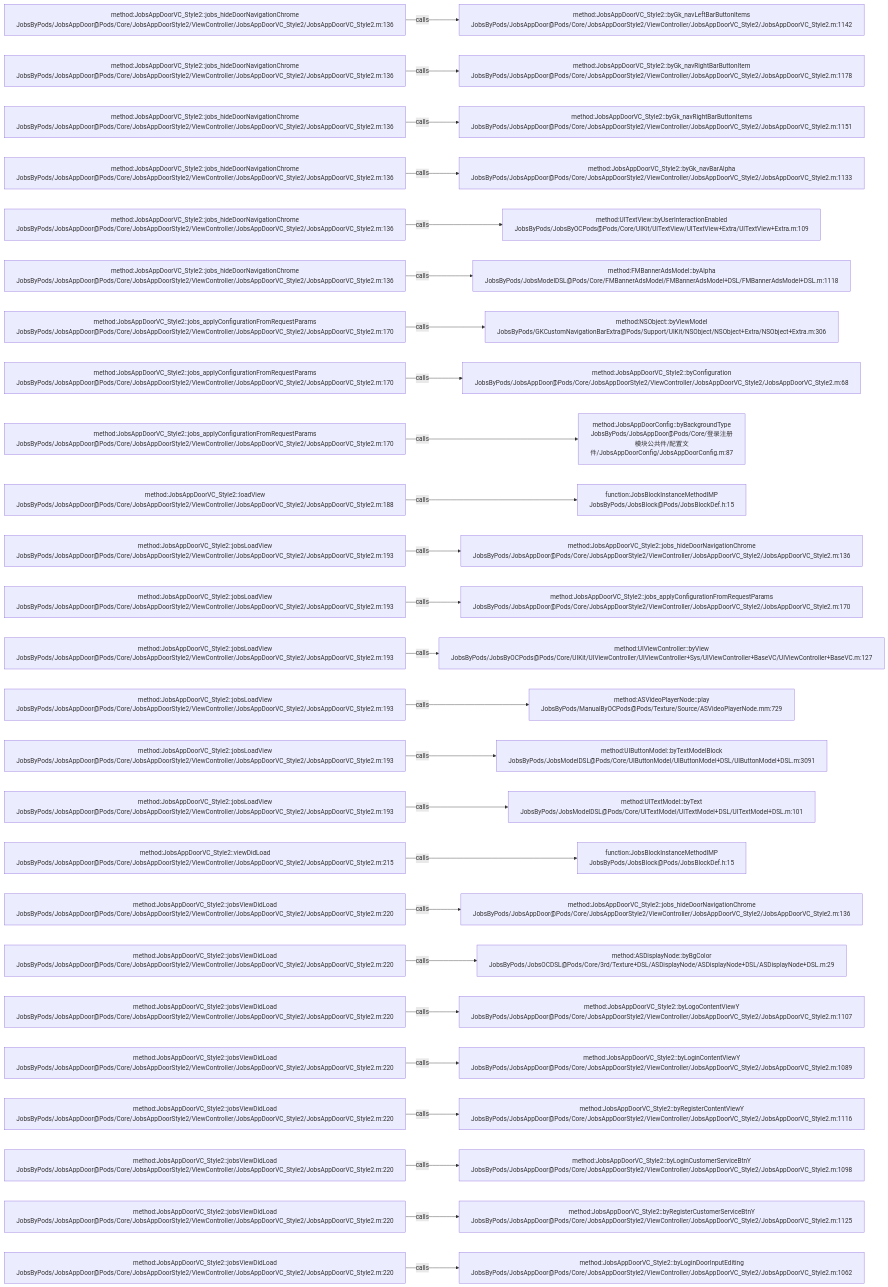
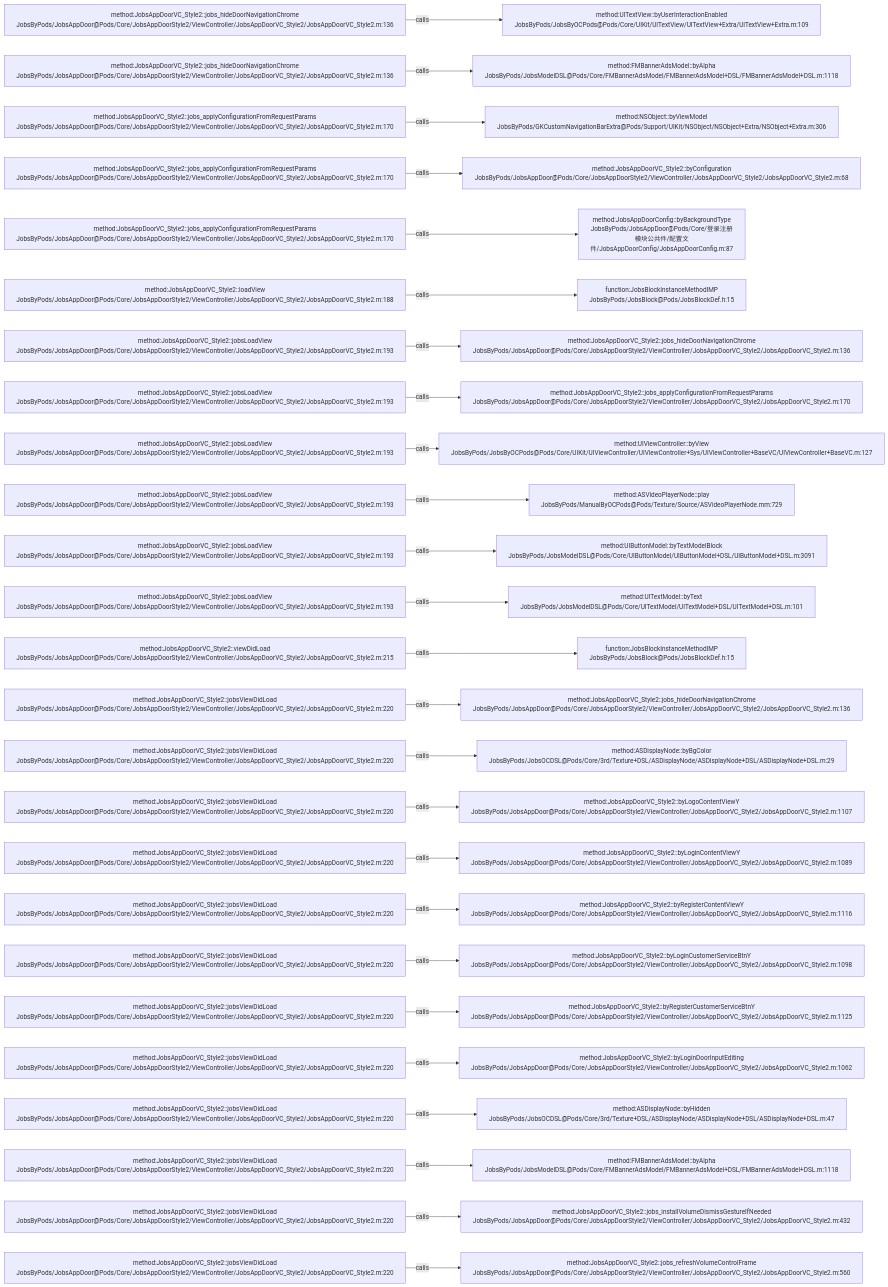
Before and after one commit to JobsKits/JobsOCBaseConfigDemo: the diagram in .codegraph/codegraph.md/graphs/calls-136.md, drawn with Mermaid. The commit also changed 116 other files, not shown here.

````diff
--- a/.codegraph/codegraph.md/graphs/calls-136.md
+++ b/.codegraph/codegraph.md/graphs/calls-136.md
@@ -13,78 +13,78 @@
 ```mermaid
 flowchart LR
   S1["method:JobsAppDoorVC_Style2::jobs_hideDoorNavigationChrome<br/>JobsByPods/JobsAppDoor@Pods/Core/JobsAppDoorStyle2/ViewController/JobsAppDoorVC_Style2/JobsAppDoorVC_Style2.m:136"]
-  T1["method:JobsAppDoorVC_Style2::byGk_navLeftBarButtonItems<br/>JobsByPods/JobsAppDoor@Pods/Core/JobsAppDoorStyle2/ViewController/JobsAppDoorVC_Style2/JobsAppDoorVC_Style2.m:1142"]
+  T1["method:UITextView::byUserInteractionEnabled<br/>JobsByPods/JobsByOCPods@Pods/Core/UIKit/UITextView/UITextView+Extra/UITextView+Extra.m:109"]
   S1 -->|calls| T1
   S2["method:JobsAppDoorVC_Style2::jobs_hideDoorNavigationChrome<br/>JobsByPods/JobsAppDoor@Pods/Core/JobsAppDoorStyle2/ViewController/JobsAppDoorVC_Style2/JobsAppDoorVC_Style2.m:136"]
-  T2["method:JobsAppDoorVC_Style2::byGk_navRightBarButtonItem<br/>JobsByPods/JobsAppDoor@Pods/Core/JobsAppDoorStyle2/ViewController/JobsAppDoorVC_Style2/JobsAppDoorVC_Style2.m:1178"]
+  T2["method:FMBannerAdsModel::byAlpha<br/>JobsByPods/JobsModelDSL@Pods/Core/FMBannerAdsModel/FMBannerAdsModel+DSL/FMBannerAdsModel+DSL.m:1118"]
   S2 -->|calls| T2
-  S3["method:JobsAppDoorVC_Style2::jobs_hideDoorNavigationChrome<br/>JobsByPods/JobsAppDoor@Pods/Core/JobsAppDoorStyle2/ViewController/JobsAppDoorVC_Style2/JobsAppDoorVC_Style2.m:136"]
-  T3["method:JobsAppDoorVC_Style2::byGk_navRightBarButtonItems<br/>JobsByPods/JobsAppDoor@Pods/Core/JobsAppDoorStyle2/ViewController/JobsAppDoorVC_Style2/JobsAppDoorVC_Style2.m:1151"]
+  S3["method:JobsAppDoorVC_Style2::jobs_applyConfigurationFromRequestParams<br/>JobsByPods/JobsAppDoor@Pods/Core/JobsAppDoorStyle2/ViewController/JobsAppDoorVC_Style2/JobsAppDoorVC_Style2.m:170"]
+  T3["method:NSObject::byViewModel<br/>JobsByPods/GKCustomNavigationBarExtra@Pods/Support/UIKit/NSObject/NSObject+Extra/NSObject+Extra.m:306"]
   S3 -->|calls| T3
-  S4["method:JobsAppDoorVC_Style2::jobs_hideDoorNavigationChrome<br/>JobsByPods/JobsAppDoor@Pods/Core/JobsAppDoorStyle2/ViewController/JobsAppDoorVC_Style2/JobsAppDoorVC_Style2.m:136"]
-  T4["method:JobsAppDoorVC_Style2::byGk_navBarAlpha<br/>JobsByPods/JobsAppDoor@Pods/Core/JobsAppDoorStyle2/ViewController/JobsAppDoorVC_Style2/JobsAppDoorVC_Style2.m:1133"]
+  S4["method:JobsAppDoorVC_Style2::jobs_applyConfigurationFromRequestParams<br/>JobsByPods/JobsAppDoor@Pods/Core/JobsAppDoorStyle2/ViewController/JobsAppDoorVC_Style2/JobsAppDoorVC_Style2.m:170"]
+  T4["method:JobsAppDoorVC_Style2::byConfiguration<br/>JobsByPods/JobsAppDoor@Pods/Core/JobsAppDoorStyle2/ViewController/JobsAppDoorVC_Style2/JobsAppDoorVC_Style2.m:68"]
   S4 -->|calls| T4
-  S5["method:JobsAppDoorVC_Style2::jobs_hideDoorNavigationChrome<br/>JobsByPods/JobsAppDoor@Pods/Core/JobsAppDoorStyle2/ViewController/JobsAppDoorVC_Style2/JobsAppDoorVC_Style2.m:136"]
-  T5["method:UITextView::byUserInteractionEnabled<br/>JobsByPods/JobsByOCPods@Pods/Core/UIKit/UITextView/UITextView+Extra/UITextView+Extra.m:109"]
+  S5["method:JobsAppDoorVC_Style2::jobs_applyConfigurationFromRequestParams<br/>JobsByPods/JobsAppDoor@Pods/Core/JobsAppDoorStyle2/ViewController/JobsAppDoorVC_Style2/JobsAppDoorVC_Style2.m:170"]
+  T5["method:JobsAppDoorConfig::byBackgroundType<br/>JobsByPods/JobsAppDoor@Pods/Core/登录注册模块公共件/配置文件/JobsAppDoorConfig/JobsAppDoorConfig.m:87"]
   S5 -->|calls| T5
-  S6["method:JobsAppDoorVC_Style2::jobs_hideDoorNavigationChrome<br/>JobsByPods/JobsAppDoor@Pods/Core/JobsAppDoorStyle2/ViewController/JobsAppDoorVC_Style2/JobsAppDoorVC_Style2.m:136"]
-  T6["method:FMBannerAdsModel::byAlpha<br/>JobsByPods/JobsModelDSL@Pods/Core/FMBannerAdsModel/FMBannerAdsModel+DSL/FMBannerAdsModel+DSL.m:1118"]
+  S6["method:JobsAppDoorVC_Style2::loadView<br/>JobsByPods/JobsAppDoor@Pods/Core/JobsAppDoorStyle2/ViewController/JobsAppDoorVC_Style2/JobsAppDoorVC_Style2.m:188"]
+  T6["function:JobsBlockInstanceMethodIMP<br/>JobsByPods/JobsBlock@Pods/JobsBlockDef.h:15"]
   S6 -->|calls| T6
-  S7["method:JobsAppDoorVC_Style2::jobs_applyConfigurationFromRequestParams<br/>JobsByPods/JobsAppDoor@Pods/Core/JobsAppDoorStyle2/ViewController/JobsAppDoorVC_Style2/JobsAppDoorVC_Style2.m:170"]
-  T7["method:NSObject::byViewModel<br/>JobsByPods/GKCustomNavigationBarExtra@Pods/Support/UIKit/NSObject/NSObject+Extra/NSObject+Extra.m:306"]
+  S7["method:JobsAppDoorVC_Style2::jobsLoadView<br/>JobsByPods/JobsAppDoor@Pods/Core/JobsAppDoorStyle2/ViewController/JobsAppDoorVC_Style2/JobsAppDoorVC_Style2.m:193"]
+  T7["method:JobsAppDoorVC_Style2::jobs_hideDoorNavigationChrome<br/>JobsByPods/JobsAppDoor@Pods/Core/JobsAppDoorStyle2/ViewController/JobsAppDoorVC_Style2/JobsAppDoorVC_Style2.m:136"]
   S7 -->|calls| T7
-  S8["method:JobsAppDoorVC_Style2::jobs_applyConfigurationFromRequestParams<br/>JobsByPods/JobsAppDoor@Pods/Core/JobsAppDoorStyle2/ViewController/JobsAppDoorVC_Style2/JobsAppDoorVC_Style2.m:170"]
-  T8["method:JobsAppDoorVC_Style2::byConfiguration<br/>JobsByPods/JobsAppDoor@Pods/Core/JobsAppDoorStyle2/ViewController/JobsAppDoorVC_Style2/JobsAppDoorVC_Style2.m:68"]
+  S8["method:JobsAppDoorVC_Style2::jobsLoadView<br/>JobsByPods/JobsAppDoor@Pods/Core/JobsAppDoorStyle2/ViewController/JobsAppDoorVC_Style2/JobsAppDoorVC_Style2.m:193"]
+  T8["method:JobsAppDoorVC_Style2::jobs_applyConfigurationFromRequestParams<br/>JobsByPods/JobsAppDoor@Pods/Core/JobsAppDoorStyle2/ViewController/JobsAppDoorVC_Style2/JobsAppDoorVC_Style2.m:170"]
   S8 -->|calls| T8
-  S9["method:JobsAppDoorVC_Style2::jobs_applyConfigurationFromRequestParams<br/>JobsByPods/JobsAppDoor@Pods/Core/JobsAppDoorStyle2/ViewController/JobsAppDoorVC_Style2/JobsAppDoorVC_Style2.m:170"]
-  T9["method:JobsAppDoorConfig::byBackgroundType<br/>JobsByPods/JobsAppDoor@Pods/Core/登录注册模块公共件/配置文件/JobsAppDoorConfig/JobsAppDoorConfig.m:87"]
+  S9["method:JobsAppDoorVC_Style2::jobsLoadView<br/>JobsByPods/JobsAppDoor@Pods/Core/JobsAppDoorStyle2/ViewController/JobsAppDoorVC_Style2/JobsAppDoorVC_Style2.m:193"]
+  T9["method:UIViewController::byView<br/>JobsByPods/JobsByOCPods@Pods/Core/UIKit/UIViewController/UIViewController+Sys/UIViewController+BaseVC/UIViewController+BaseVC.m:127"]
   S9 -->|calls| T9
-  S10["method:JobsAppDoorVC_Style2::loadView<br/>JobsByPods/JobsAppDoor@Pods/Core/JobsAppDoorStyle2/ViewController/JobsAppDoorVC_Style2/JobsAppDoorVC_Style2.m:188"]
-  T10["function:JobsBlockInstanceMethodIMP<br/>JobsByPods/JobsBlock@Pods/JobsBlockDef.h:15"]
+  S10["method:JobsAppDoorVC_Style2::jobsLoadView<br/>JobsByPods/JobsAppDoor@Pods/Core/JobsAppDoorStyle2/ViewController/JobsAppDoorVC_Style2/JobsAppDoorVC_Style2.m:193"]
+  T10["method:ASVideoPlayerNode::play<br/>JobsByPods/ManualByOCPods@Pods/Texture/Source/ASVideoPlayerNode.mm:729"]
   S10 -->|calls| T10
   S11["method:JobsAppDoorVC_Style2::jobsLoadView<br/>JobsByPods/JobsAppDoor@Pods/Core/JobsAppDoorStyle2/ViewController/JobsAppDoorVC_Style2/JobsAppDoorVC_Style2.m:193"]
-  T11["method:JobsAppDoorVC_Style2::jobs_hideDoorNavigationChrome<br/>JobsByPods/JobsAppDoor@Pods/Core/JobsAppDoorStyle2/ViewController/JobsAppDoorVC_Style2/JobsAppDoorVC_Style2.m:136"]
+  T11["method:UIButtonModel::byTextModelBlock<br/>JobsByPods/JobsModelDSL@Pods/Core/UIButtonModel/UIButtonModel+DSL/UIButtonModel+DSL.m:3091"]
   S11 -->|calls| T11
   S12["method:JobsAppDoorVC_Style2::jobsLoadView<br/>JobsByPods/JobsAppDoor@Pods/Core/JobsAppDoorStyle2/ViewController/JobsAppDoorVC_Style2/JobsAppDoorVC_Style2.m:193"]
-  T12["method:JobsAppDoorVC_Style2::jobs_applyConfigurationFromRequestParams<br/>JobsByPods/JobsAppDoor@Pods/Core/JobsAppDoorStyle2/ViewController/JobsAppDoorVC_Style2/JobsAppDoorVC_Style2.m:170"]
+  T12["method:UITextModel::byText<br/>JobsByPods/JobsModelDSL@Pods/Core/UITextModel/UITextModel+DSL/UITextModel+DSL.m:101"]
   S12 -->|calls| T12
-  S13["method:JobsAppDoorVC_Style2::jobsLoadView<br/>JobsByPods/JobsAppDoor@Pods/Core/JobsAppDoorStyle2/ViewController/JobsAppDoorVC_Style2/JobsAppDoorVC_Style2.m:193"]
-  T13["method:UIViewController::byView<br/>JobsByPods/JobsByOCPods@Pods/Core/UIKit/UIViewController/UIViewController+Sys/UIViewController+BaseVC/UIViewController+BaseVC.m:127"]
+  S13["method:JobsAppDoorVC_Style2::viewDidLoad<br/>JobsByPods/JobsAppDoor@Pods/Core/JobsAppDoorStyle2/ViewController/JobsAppDoorVC_Style2/JobsAppDoorVC_Style2.m:215"]
+  T13["function:JobsBlockInstanceMethodIMP<br/>JobsByPods/JobsBlock@Pods/JobsBlockDef.h:15"]
   S13 -->|calls| T13
-  S14["method:JobsAppDoorVC_Style2::jobsLoadView<br/>JobsByPods/JobsAppDoor@Pods/Core/JobsAppDoorStyle2/ViewController/JobsAppDoorVC_Style2/JobsAppDoorVC_Style2.m:193"]
-  T14["method:ASVideoPlayerNode::play<br/>JobsByPods/ManualByOCPods@Pods/Texture/Source/ASVideoPlayerNode.mm:729"]
+  S14["method:JobsAppDoorVC_Style2::jobsViewDidLoad<br/>JobsByPods/JobsAppDoor@Pods/Core/JobsAppDoorStyle2/ViewController/JobsAppDoorVC_Style2/JobsAppDoorVC_Style2.m:220"]
+  T14["method:JobsAppDoorVC_Style2::jobs_hideDoorNavigationChrome<br/>JobsByPods/JobsAppDoor@Pods/Core/JobsAppDoorStyle2/ViewController/JobsAppDoorVC_Style2/JobsAppDoorVC_Style2.m:136"]
   S14 -->|calls| T14
-  S15["method:JobsAppDoorVC_Style2::jobsLoadView<br/>JobsByPods/JobsAppDoor@Pods/Core/JobsAppDoorStyle2/ViewController/JobsAppDoorVC_Style2/JobsAppDoorVC_Style2.m:193"]
-  T15["method:UIButtonModel::byTextModelBlock<br/>JobsByPods/JobsModelDSL@Pods/Core/UIButtonModel/UIButtonModel+DSL/UIButtonModel+DSL.m:3091"]
+  S15["method:JobsAppDoorVC_Style2::jobsViewDidLoad<br/>JobsByPods/JobsAppDoor@Pods/Core/JobsAppDoorStyle2/ViewController/JobsAppDoorVC_Style2/JobsAppDoorVC_Style2.m:220"]
+  T15["method:ASDisplayNode::byBgColor<br/>JobsByPods/JobsOCDSL@Pods/Core/3rd/Texture+DSL/ASDisplayNode/ASDisplayNode+DSL/ASDisplayNode+DSL.m:29"]
   S15 -->|calls| T15
-  S16["method:JobsAppDoorVC_Style2::jobsLoadView<br/>JobsByPods/JobsAppDoor@Pods/Core/JobsAppDoorStyle2/ViewController/JobsAppDoorVC_Style2/JobsAppDoorVC_Style2.m:193"]
-  T16["method:UITextModel::byText<br/>JobsByPods/JobsModelDSL@Pods/Core/UITextModel/UITextModel+DSL/UITextModel+DSL.m:101"]
+  S16["method:JobsAppDoorVC_Style2::jobsViewDidLoad<br/>JobsByPods/JobsAppDoor@Pods/Core/JobsAppDoorStyle2/ViewController/JobsAppDoorVC_Style2/JobsAppDoorVC_Style2.m:220"]
+  T16["method:JobsAppDoorVC_Style2::byLogoContentViewY<br/>JobsByPods/JobsAppDoor@Pods/Core/JobsAppDoorStyle2/ViewController/JobsAppDoorVC_Style2/JobsAppDoorVC_Style2.m:1107"]
   S16 -->|calls| T16
-  S17["method:JobsAppDoorVC_Style2::viewDidLoad<br/>JobsByPods/JobsAppDoor@Pods/Core/JobsAppDoorStyle2/ViewController/JobsAppDoorVC_Style2/JobsAppDoorVC_Style2.m:215"]
-  T17["function:JobsBlockInstanceMethodIMP<br/>JobsByPods/JobsBlock@Pods/JobsBlockDef.h:15"]
+  S17["method:JobsAppDoorVC_Style2::jobsViewDidLoad<br/>JobsByPods/JobsAppDoor@Pods/Core/JobsAppDoorStyle2/ViewController/JobsAppDoorVC_Style2/JobsAppDoorVC_Style2.m:220"]
+  T17["method:JobsAppDoorVC_Style2::byLoginContentViewY<br/>JobsByPods/JobsAppDoor@Pods/Core/JobsAppDoorStyle2/ViewController/JobsAppDoorVC_Style2/JobsAppDoorVC_Style2.m:1089"]
   S17 -->|calls| T17
   S18["method:JobsAppDoorVC_Style2::jobsViewDidLoad<br/>JobsByPods/JobsAppDoor@Pods/Core/JobsAppDoorStyle2/ViewController/JobsAppDoorVC_Style2/JobsAppDoorVC_Style2.m:220"]
-  T18["method:JobsAppDoorVC_Style2::jobs_hideDoorNavigationChrome<br/>JobsByPods/JobsAppDoor@Pods/Core/JobsAppDoorStyle2/ViewController/JobsAppDoorVC_Style2/JobsAppDoorVC_Style2.m:136"]
+  T18["method:JobsAppDoorVC_Style2::byRegisterContentViewY<br/>JobsByPods/JobsAppDoor@Pods/Core/JobsAppDoorStyle2/ViewController/JobsAppDoorVC_Style2/JobsAppDoorVC_Style2.m:1116"]
   S18 -->|calls| T18
   S19["method:JobsAppDoorVC_Style2::jobsViewDidLoad<br/>JobsByPods/JobsAppDoor@Pods/Core/JobsAppDoorStyle2/ViewController/JobsAppDoorVC_Style2/JobsAppDoorVC_Style2.m:220"]
-  T19["method:ASDisplayNode::byBgColor<br/>JobsByPods/JobsOCDSL@Pods/Core/3rd/Texture+DSL/ASDisplayNode/ASDisplayNode+DSL/ASDisplayNode+DSL.m:29"]
+  T19["method:JobsAppDoorVC_Style2::byLoginCustomerServiceBtnY<br/>JobsByPods/JobsAppDoor@Pods/Core/JobsAppDoorStyle2/ViewController/JobsAppDoorVC_Style2/JobsAppDoorVC_Style2.m:1098"]
   S19 -->|calls| T19
   S20["method:JobsAppDoorVC_Style2::jobsViewDidLoad<br/>JobsByPods/JobsAppDoor@Pods/Core/JobsAppDoorStyle2/ViewController/JobsAppDoorVC_Style2/JobsAppDoorVC_Style2.m:220"]
-  T20["method:JobsAppDoorVC_Style2::byLogoContentViewY<br/>JobsByPods/JobsAppDoor@Pods/Core/JobsAppDoorStyle2/ViewController/JobsAppDoorVC_Style2/JobsAppDoorVC_Style2.m:1107"]
+  T20["method:JobsAppDoorVC_Style2::byRegisterCustomerServiceBtnY<br/>JobsByPods/JobsAppDoor@Pods/Core/JobsAppDoorStyle2/ViewController/JobsAppDoorVC_Style2/JobsAppDoorVC_Style2.m:1125"]
   S20 -->|calls| T20
   S21["method:JobsAppDoorVC_Style2::jobsViewDidLoad<br/>JobsByPods/JobsAppDoor@Pods/Core/JobsAppDoorStyle2/ViewController/JobsAppDoorVC_Style2/JobsAppDoorVC_Style2.m:220"]
-  T21["method:JobsAppDoorVC_Style2::byLoginContentViewY<br/>JobsByPods/JobsAppDoor@Pods/Core/JobsAppDoorStyle2/ViewController/JobsAppDoorVC_Style2/JobsAppDoorVC_Style2.m:1089"]
+  T21["method:JobsAppDoorVC_Style2::byLoginDoorInputEditing<br/>JobsByPods/JobsAppDoor@Pods/Core/JobsAppDoorStyle2/ViewController/JobsAppDoorVC_Style2/JobsAppDoorVC_Style2.m:1062"]
   S21 -->|calls| T21
   S22["method:JobsAppDoorVC_Style2::jobsViewDidLoad<br/>JobsByPods/JobsAppDoor@Pods/Core/JobsAppDoorStyle2/ViewController/JobsAppDoorVC_Style2/JobsAppDoorVC_Style2.m:220"]
-  T22["method:JobsAppDoorVC_Style2::byRegisterContentViewY<br/>JobsByPods/JobsAppDoor@Pods/Core/JobsAppDoorStyle2/ViewController/JobsAppDoorVC_Style2/JobsAppDoorVC_Style2.m:1116"]
+  T22["method:ASDisplayNode::byHidden<br/>JobsByPods/JobsOCDSL@Pods/Core/3rd/Texture+DSL/ASDisplayNode/ASDisplayNode+DSL/ASDisplayNode+DSL.m:47"]
   S22 -->|calls| T22
   S23["method:JobsAppDoorVC_Style2::jobsViewDidLoad<br/>JobsByPods/JobsAppDoor@Pods/Core/JobsAppDoorStyle2/ViewController/JobsAppDoorVC_Style2/JobsAppDoorVC_Style2.m:220"]
-  T23["method:JobsAppDoorVC_Style2::byLoginCustomerServiceBtnY<br/>JobsByPods/JobsAppDoor@Pods/Core/JobsAppDoorStyle2/ViewController/JobsAppDoorVC_Style2/JobsAppDoorVC_Style2.m:1098"]
+  T23["method:FMBannerAdsModel::byAlpha<br/>JobsByPods/JobsModelDSL@Pods/Core/FMBannerAdsModel/FMBannerAdsModel+DSL/FMBannerAdsModel+DSL.m:1118"]
   S23 -->|calls| T23
   S24["method:JobsAppDoorVC_Style2::jobsViewDidLoad<br/>JobsByPods/JobsAppDoor@Pods/Core/JobsAppDoorStyle2/ViewController/JobsAppDoorVC_Style2/JobsAppDoorVC_Style2.m:220"]
-  T24["method:JobsAppDoorVC_Style2::byRegisterCustomerServiceBtnY<br/>JobsByPods/JobsAppDoor@Pods/Core/JobsAppDoorStyle2/ViewController/JobsAppDoorVC_Style2/JobsAppDoorVC_Style2.m:1125"]
+  T24["method:JobsAppDoorVC_Style2::jobs_installVolumeDismissGestureIfNeeded<br/>JobsByPods/JobsAppDoor@Pods/Core/JobsAppDoorStyle2/ViewController/JobsAppDoorVC_Style2/JobsAppDoorVC_Style2.m:432"]
   S24 -->|calls| T24
   S25["method:JobsAppDoorVC_Style2::jobsViewDidLoad<br/>JobsByPods/JobsAppDoor@Pods/Core/JobsAppDoorStyle2/ViewController/JobsAppDoorVC_Style2/JobsAppDoorVC_Style2.m:220"]
-  T25["method:JobsAppDoorVC_Style2::byLoginDoorInputEditing<br/>JobsByPods/JobsAppDoor@Pods/Core/JobsAppDoorStyle2/ViewController/JobsAppDoorVC_Style2/JobsAppDoorVC_Style2.m:1062"]
+  T25["method:JobsAppDoorVC_Style2::jobs_refreshVolumeControlFrame<br/>JobsByPods/JobsAppDoor@Pods/Core/JobsAppDoorStyle2/ViewController/JobsAppDoorVC_Style2/JobsAppDoorVC_Style2.m:560"]
   S25 -->|calls| T25
 ```
````
